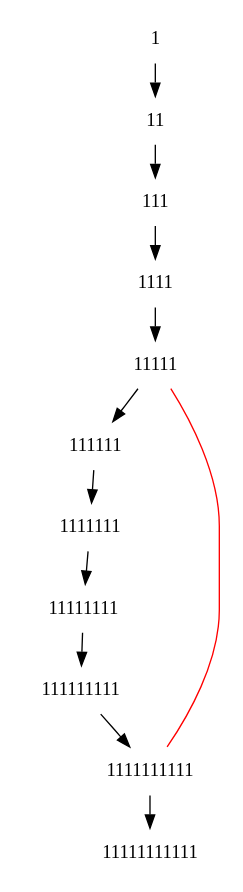
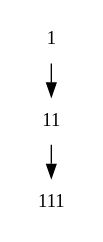
One commit to pshrey795/Explainable-FOL-Tableau changed the diagram in tableau.dot. Above: the diagram before and after it, drawn with Graphviz. The commit also changed 5 other files, not shown here.

```diff
--- a/tableau.dot
+++ b/tableau.dot
@@ -1,32 +1,17 @@
 digraph{
 	nodesep = 0.5;
 	ranksep = 0.35;
 	node [shape=plaintext];
-	1 [texlbl="\underline{$\neg q(B())$ }"];
-	11 [texlbl="\underline{$p(A())$ }"];
-	111 [texlbl="\underline{$\forall x[p(x) \wedge \neg p(H())]$ }"];
-	1111 [texlbl="\underline{$p(A()) \wedge \neg p(H())$ }"];
-	11111 [texlbl="\underline{$\neg p(H())$ }"];
-	111111 [texlbl="\underline{$p(B()) \wedge \neg p(H())$ }"];
-	1111111 [texlbl="\underline{$p(B())$ }"];
-	11111111 [texlbl="\underline{$p(B()) \wedge \neg p(H())$ }"];
-	111111111 [texlbl="\underline{$p(H()) \wedge \neg p(H())$ }"];
-	1111111111 [texlbl="\underline{$p(H())$ }"];
-	11111111111 [texlbl="\underline{$\bot$ }"];
+	1 [texlbl="\underline{$\neg p(c(a))$ }"];
+	11 [texlbl="\underline{$p(c(x))$ }"];
 	subgraph dir{
 		1 -> 11;
 		11 -> 111;
-		111 -> 1111;
-		1111 -> 11111;
-		11111 -> 111111;
-		111111 -> 1111111;
-		1111111 -> 11111111;
-		11111111 -> 111111111;
-		111111111 -> 1111111111;
-		1111111111 -> 11111111111;
+	}
+	subgraph ancestor{
+		edge [dir=back, color=blue style=dashed];
 	}
 	subgraph undir{
 		edge [dir=none, color=red];
-		1111111111 -> 11111
 	}
 }
```
